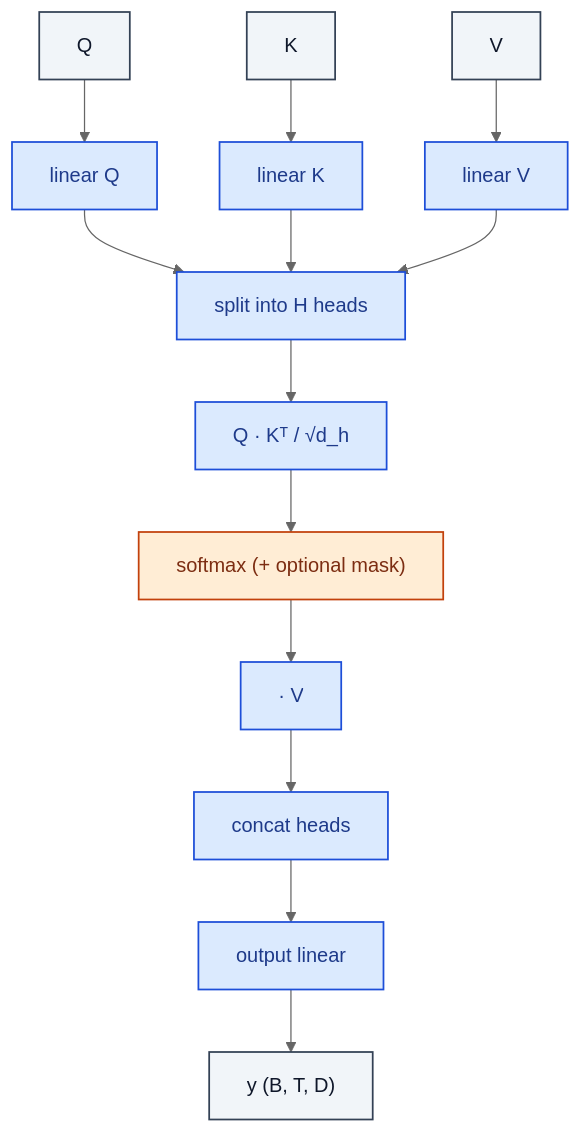
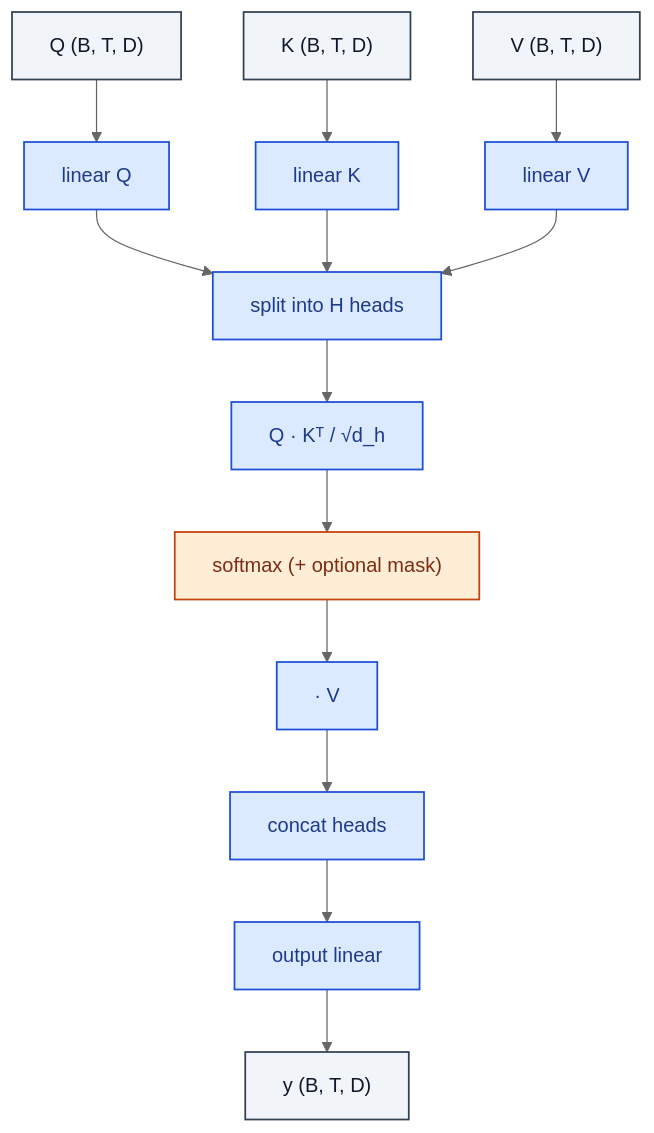
The diagram in attention/MultiHeadAttention.md (RealityShifts/Srivastava-book-of-Blocks-diagrams), drawn with Mermaid (neutral theme) before and after one commit. The commit also changed other lines of this file and 123 other files, not shown here.

````diff
--- a/attention/MultiHeadAttention.md
+++ b/attention/MultiHeadAttention.md
@@ -7,37 +7,38 @@
 ```mermaid
 flowchart TD
-    n0_0["Q"]:::io
-    n0_1["K"]:::io
-    n0_2["V"]:::io
+    n0_0["Q  (B, T, D)"]:::io
+    n0_1["K  (B, T, D)"]:::io
+    n0_2["V  (B, T, D)"]:::io
     n1_0["linear Q"]:::op
     n1_1["linear K"]:::op
     n1_2["linear V"]:::op
     n2_0["split into H heads"]:::op
     n3_0["Q · Kᵀ / √d_h"]:::op
     n4_0["softmax (+ optional mask)"]:::act
     n5_0["· V"]:::op
     n6_0["concat heads"]:::op
     n7_0["output linear"]:::op
     n8_0["y  (B, T, D)"]:::io
     n0_0 --> n1_0
     n0_1 --> n1_1
     n0_2 --> n1_2
     n1_0 --> n2_0
     n1_1 --> n2_0
     n1_2 --> n2_0
     n2_0 --> n3_0
     n3_0 --> n4_0
     n4_0 --> n5_0
     n5_0 --> n6_0
     n6_0 --> n7_0
     n7_0 --> n8_0
     classDef io fill:#f1f5f9,stroke:#334155,stroke-width:1.4px,color:#0f172a
     classDef op fill:#dbeafe,stroke:#1d4ed8,stroke-width:1.4px,color:#1e3a8a
     classDef norm fill:#dcfce7,stroke:#15803d,stroke-width:1.4px,color:#14532d
     classDef act fill:#ffedd5,stroke:#c2410c,stroke-width:1.4px,color:#7c2d12
     classDef attn fill:#ede9fe,stroke:#6d28d9,stroke-width:1.4px,color:#4c1d95
     classDef merge fill:#fef3c7,stroke:#b45309,stroke-width:1.4px,color:#78350f
     classDef emb fill:#fef9c3,stroke:#a16207,stroke-width:1.4px,color:#713f12
     classDef loss fill:#fee2e2,stroke:#b91c1c,stroke-width:1.4px,color:#7f1d1d
     classDef ctrl fill:#f5f5f4,stroke:#52525b,stroke-width:1.4px,color:#27272a
+    classDef ref fill:#e0f2fe,stroke:#0369a1,stroke-width:2px,color:#0c4a6e,stroke-dasharray: 4 2
 ```
````
